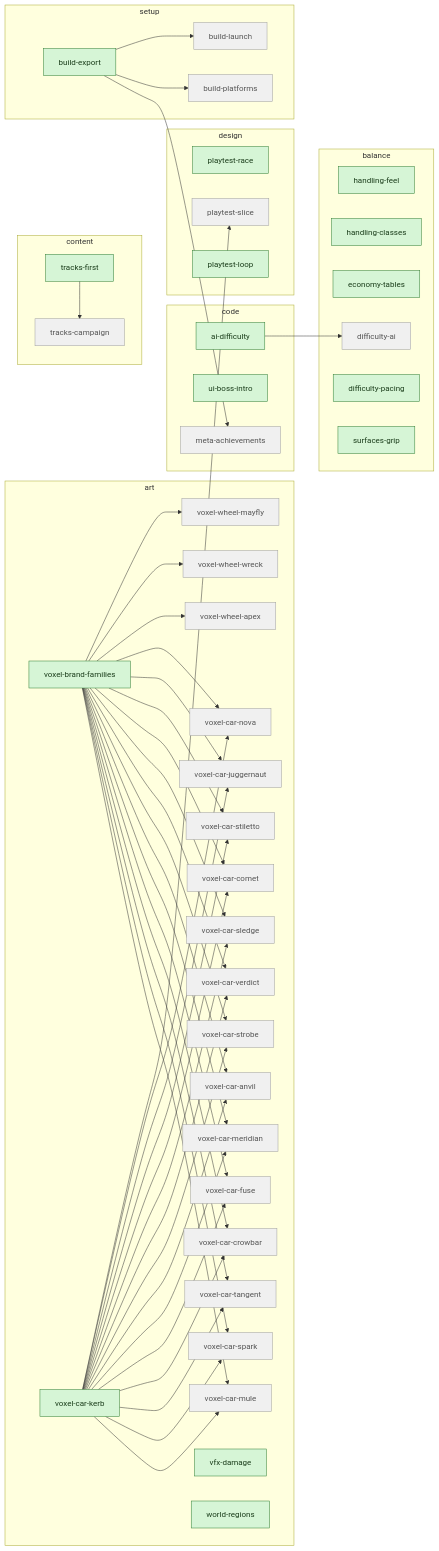
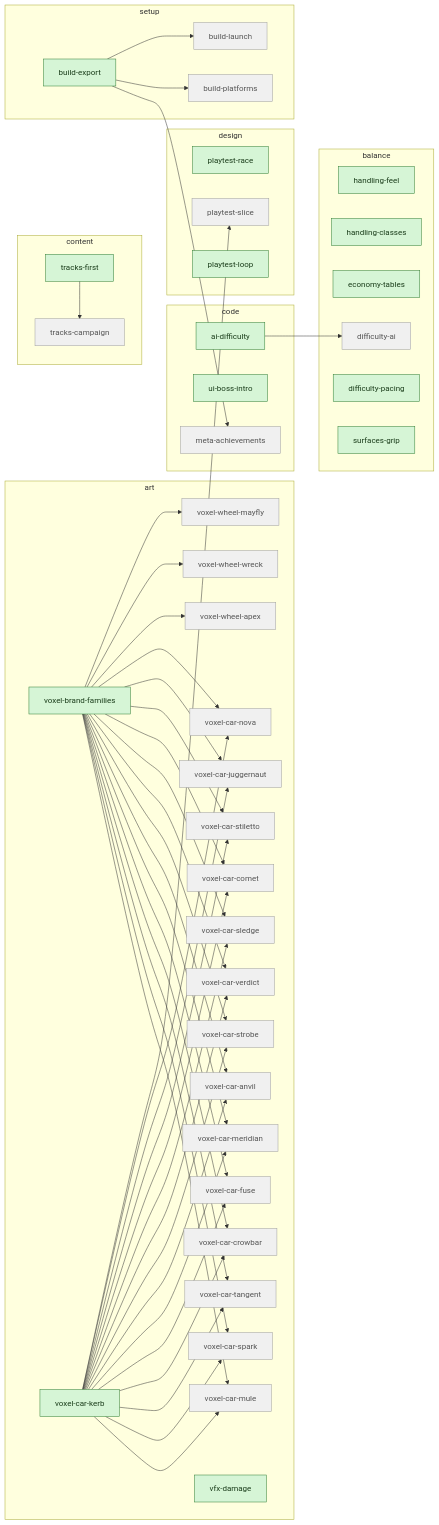
The third of 3 diagrams in STATUS.md (artemiiShabanov/RallyRivals), drawn with Mermaid before and after one commit. The commit also changed other lines of this file and 15 other files, not shown here.

First line of the commit message:
Gates: voxel rally marker poles + drop art-world-regions

````diff
--- a/STATUS.md
+++ b/STATUS.md
@@ -134,7 +133,6 @@
     art_voxel_wheel_wreck["voxel-wheel-wreck"]
     art_voxel_wheel_mayfly["voxel-wheel-mayfly"]
     art_vfx_damage["vfx-damage"]
-    art_world_regions["world-regions"]
   end
   subgraph content
     content_tracks_first["tracks-first"]
@@ -197,6 +195,6 @@
   setup_build_export --> setup_build_launch
   classDef avail fill:#d6f5d6,stroke:#2e7d32,color:#1b3d1b;
   classDef blocked fill:#f0f0f0,stroke:#9e9e9e,color:#555;
-  class code_ai_difficulty,code_ui_boss_intro,content_tracks_first,art_voxel_brand_families,art_voxel_car_kerb,art_vfx_damage,art_world_regions,balance_handling_feel,balance_handling_classes,balance_economy_tables,balance_difficulty_pacing,balance_surfaces_grip,design_playtest_race,design_playtest_loop,setup_build_export avail;
+  class code_ai_difficulty,code_ui_boss_intro,content_tracks_first,art_voxel_brand_families,art_voxel_car_kerb,art_vfx_damage,balance_handling_feel,balance_handling_classes,balance_economy_tables,balance_difficulty_pacing,balance_surfaces_grip,design_playtest_race,design_playtest_loop,setup_build_export avail;
   class code_meta_achievements,content_tracks_campaign,art_voxel_car_mule,art_voxel_car_spark,art_voxel_car_tangent,art_voxel_car_crowbar,art_voxel_car_fuse,art_voxel_car_meridian,art_voxel_car_anvil,art_voxel_car_strobe,art_voxel_car_verdict,art_voxel_car_sledge,art_voxel_car_comet,art_voxel_car_stiletto,art_voxel_car_juggernaut,art_voxel_car_nova,art_voxel_wheel_apex,art_voxel_wheel_wreck,art_voxel_wheel_mayfly,balance_difficulty_ai,design_playtest_slice,setup_build_platforms,setup_build_launch blocked;
 ```
````
